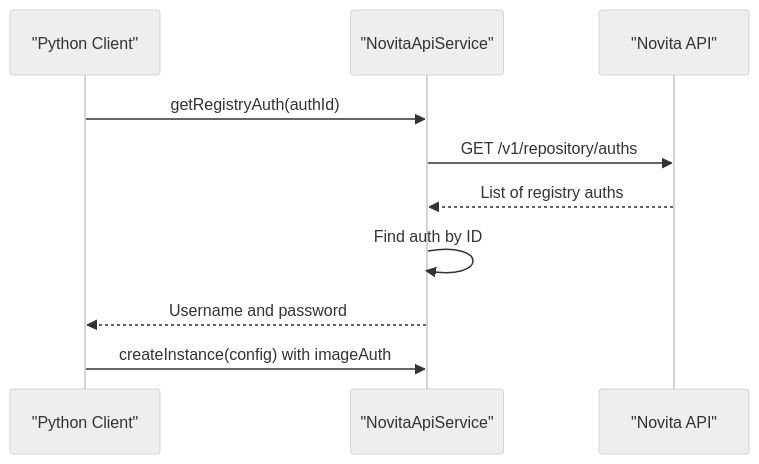
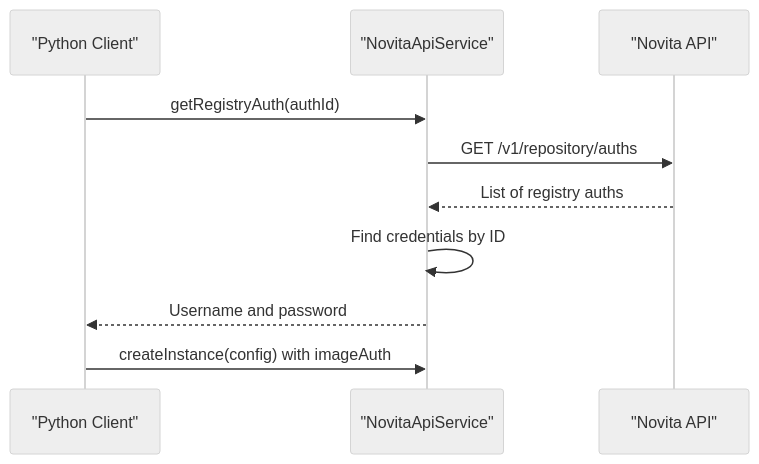
Before and after one commit to sontl/novita-ai-api: the tenth of 11 diagrams in .qoder/repowiki/en/content/Client Integration Guide/Python Client Integration.md, drawn with Mermaid (neutral theme). The commit also changed other lines of this file and 76 other files, not shown here.

````diff
--- a/.qoder/repowiki/en/content/Client Integration Guide/Python Client Integration.md
+++ b/.qoder/repowiki/en/content/Client Integration Guide/Python Client Integration.md
@@ -331,12 +335,12 @@
 ```mermaid
 sequenceDiagram
 participant Client as "Python Client"
 participant Service as "NovitaApiService"
 participant API as "Novita API"
 Client->>Service : getRegistryAuth(authId)
 Service->>API : GET /v1/repository/auths
 API-->>Service : List of registry auths
-Service->>Service : Find auth by ID
+Service->>Service : Find credentials by ID
 Service-->>Client : Username and password
 Client->>Service : createInstance(config) with imageAuth
 ```
````
